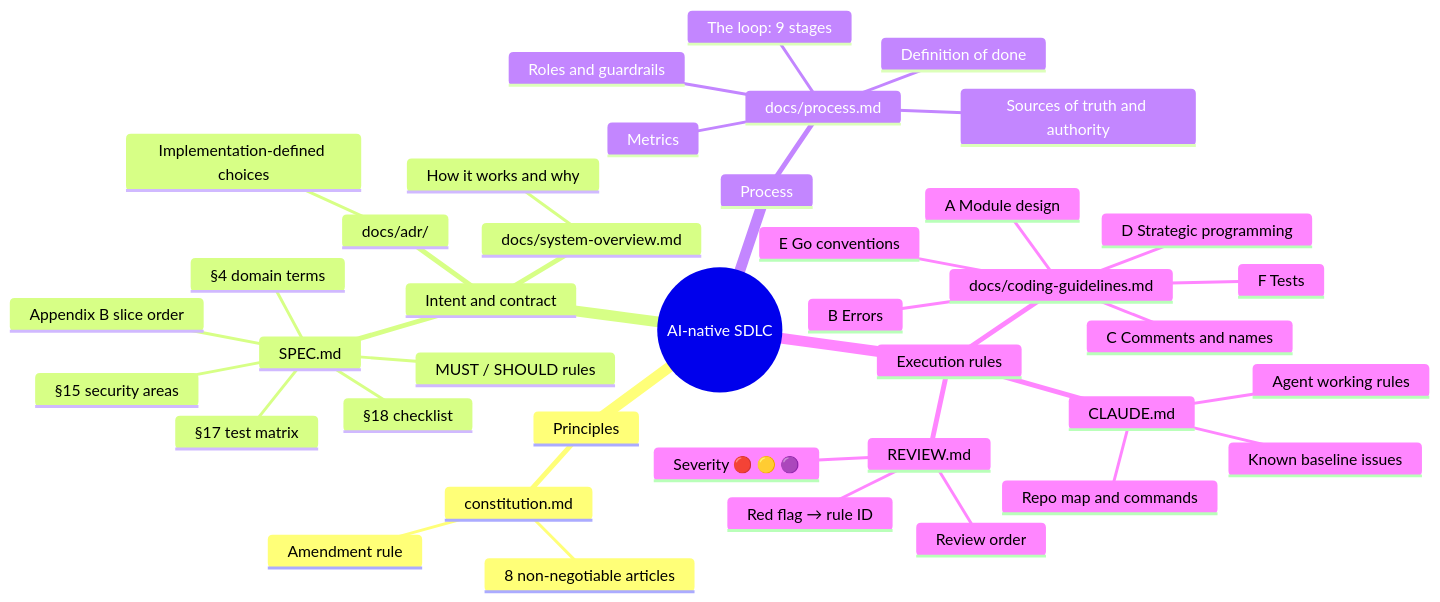
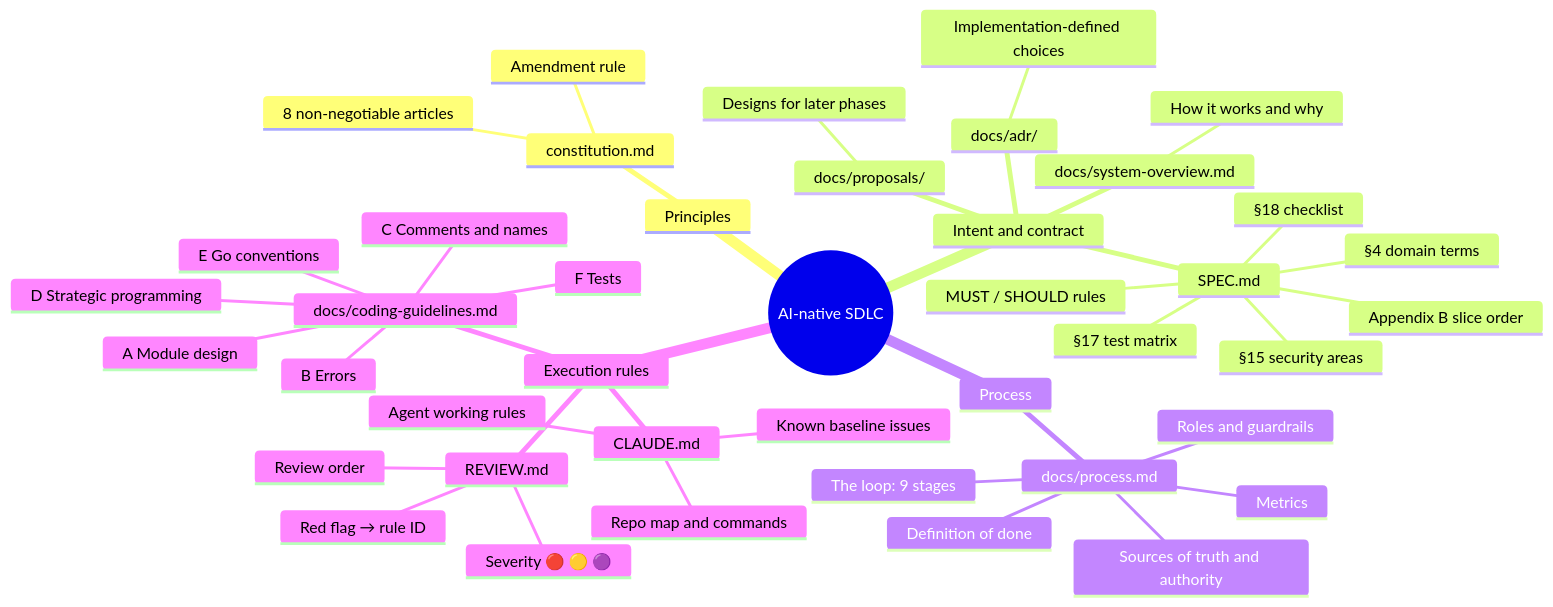
Before and after one commit to balaji-balu/ieo: the first of 2 diagrams in docs/docs-map.md, drawn with Mermaid. The commit also changed other lines of this file and 7 other files, not shown here.

````diff
--- a/docs/docs-map.md
+++ b/docs/docs-map.md
@@ -7,43 +7,45 @@
 ```mermaid
 mindmap
   root((AI-native SDLC))
     Principles
       constitution.md
         8 non-negotiable articles
         Amendment rule
     Intent and contract
       SPEC.md
         MUST / SHOULD rules
         §4 domain terms
         §15 security areas
         §17 test matrix
         §18 checklist
         Appendix B slice order
       docs/system-overview.md
         How it works and why
       docs/adr/
         Implementation-defined choices
+      docs/proposals/
+        Designs for later phases
     Process
       docs/process.md
         Sources of truth and authority
         The loop: 9 stages
         Roles and guardrails
         Definition of done
         Metrics
     Execution rules
       CLAUDE.md
         Agent working rules
         Repo map and commands
         Known baseline issues
       docs/coding-guidelines.md
         A Module design
         B Errors
         C Comments and names
         D Strategic programming
         E Go conventions
         F Tests
       REVIEW.md
         Review order
         Severity 🔴 🟡 🟣
         Red flag → rule ID
 ```
````
